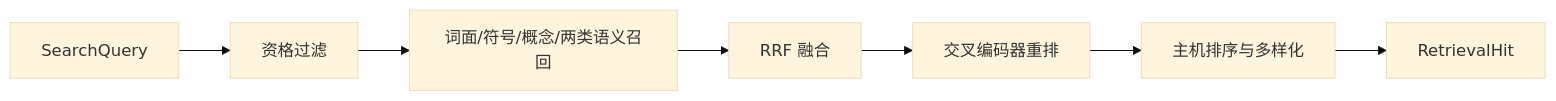
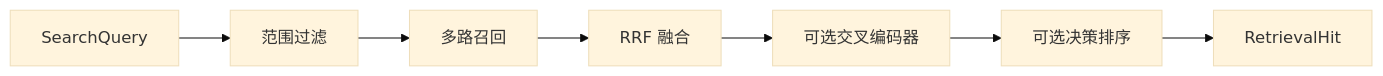
One commit to lejunyang/omem changed the diagram in .repo-review/knowledge/articles/0f4c98f99ec08ee9f67bc4c9abbbec7193e9e0c6a38384e2306d9c1cf84a9f03.md. Above: the diagram before and after it, drawn with Mermaid (base theme). The commit also changed other lines of this file and 11 other files, not shown here.

````diff
--- a/.repo-review/knowledge/articles/0f4c98f99ec08ee9f67bc4c9abbbec7193e9e0c6a38384e2306d9c1cf84a9f03.md
+++ b/.repo-review/knowledge/articles/0f4c98f99ec08ee9f67bc4c9abbbec7193e9e0c6a38384e2306d9c1cf84a9f03.md
@@ -25,9 +17,9 @@
 ```mermaid
 flowchart LR
-  Q[SearchQuery] --> A[资格过滤]
-  A --> B[词面/符号/概念/两类语义召回]
-  B --> C[RRF 融合]
-  C --> D[交叉编码器重排]
-  D --> E[主机排序与多样化]
-  E --> F[RetrievalHit]
+  Q[SearchQuery] --> F[范围过滤]
+  F --> R[多路召回]
+  R --> X[RRF 融合]
+  X --> C[可选交叉编码器]
+  C --> D[可选决策排序]
+  D --> O[RetrievalHit]
 ```
````
